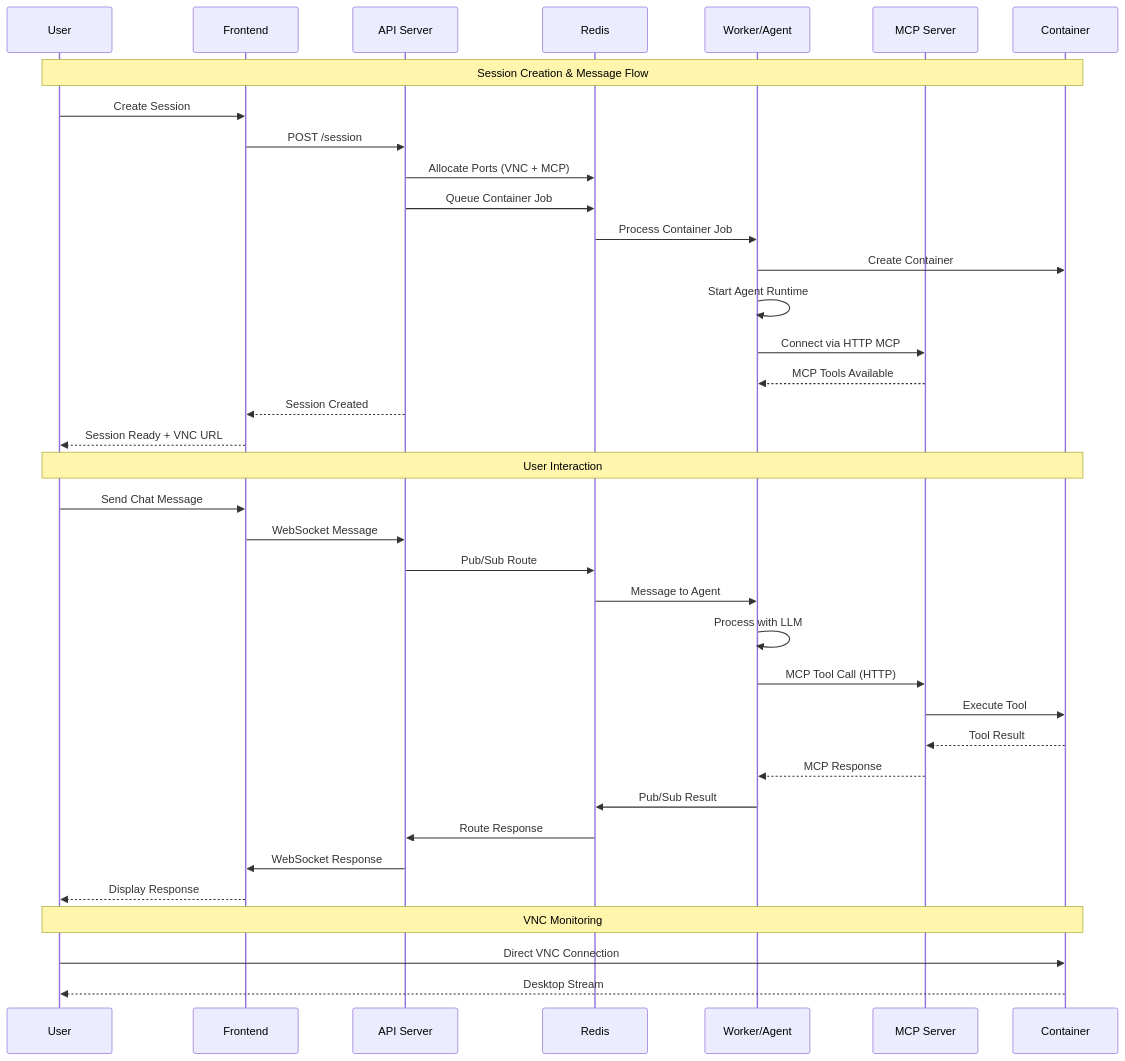
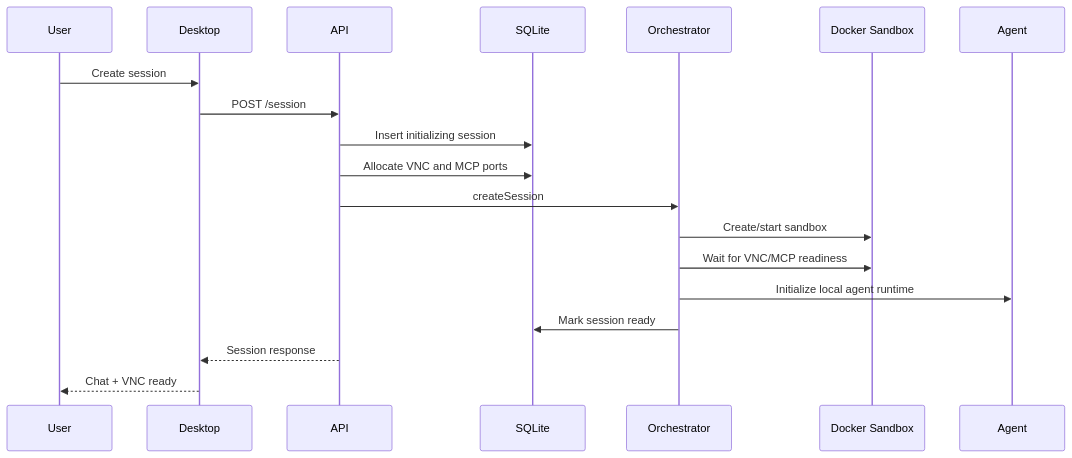
The second of 3 diagrams in docs/ARCHITECTURE-MERMAID.md (rohanbojja/ottobot), drawn with Mermaid before and after one commit. The commit also changed other lines of this file and 248 other files, not shown here.

````diff
--- a/docs/ARCHITECTURE-MERMAID.md
+++ b/docs/ARCHITECTURE-MERMAID.md
@@ -137,45 +28,22 @@
 ```mermaid
 sequenceDiagram
     participant U as User
-    participant F as Frontend
-    participant A as API Server
-    participant R as Redis
-    participant W as Worker/Agent
-    participant M as MCP Server
-    participant C as Container
+    participant F as Desktop
+    participant A as API
+    participant D as SQLite
+    participant O as Orchestrator
+    participant C as Docker Sandbox
+    participant G as Agent
 
-    Note over U,C: Session Creation & Message Flow
-
-    U->>F: Create Session
+    U->>F: Create session
     F->>A: POST /session
-    A->>R: Allocate Ports (VNC + MCP)
-    A->>R: Queue Container Job
-    R->>W: Process Container Job
-    W->>C: Create Container
-    W->>W: Start Agent Runtime
-    W->>M: Connect via HTTP MCP
-    M-->>W: MCP Tools Available
-    A-->>F: Session Created
-    F-->>U: Session Ready + VNC URL
-
-    Note over U,C: User Interaction
-
-    U->>F: Send Chat Message
-    F->>A: WebSocket Message
-    A->>R: Pub/Sub Route
-    R->>W: Message to Agent
-    W->>W: Process with LLM
-    W->>M: MCP Tool Call (HTTP)
-    M->>C: Execute Tool
-    C-->>M: Tool Result
-    M-->>W: MCP Response
-    W->>R: Pub/Sub Result
-    R->>A: Route Response
-    A->>F: WebSocket Response
-    F-->>U: Display Response
-
-    Note over U,C: VNC Monitoring
-
-    U->>C: Direct VNC Connection
-    C-->>U: Desktop Stream
+    A->>D: Insert initializing session
+    A->>D: Allocate VNC and MCP ports
+    A->>O: createSession
+    O->>C: Create/start sandbox
+    O->>C: Wait for VNC/MCP readiness
+    O->>G: Initialize local agent runtime
+    O->>D: Mark session ready
+    A-->>F: Session response
+    F-->>U: Chat + VNC ready
 ```
````
